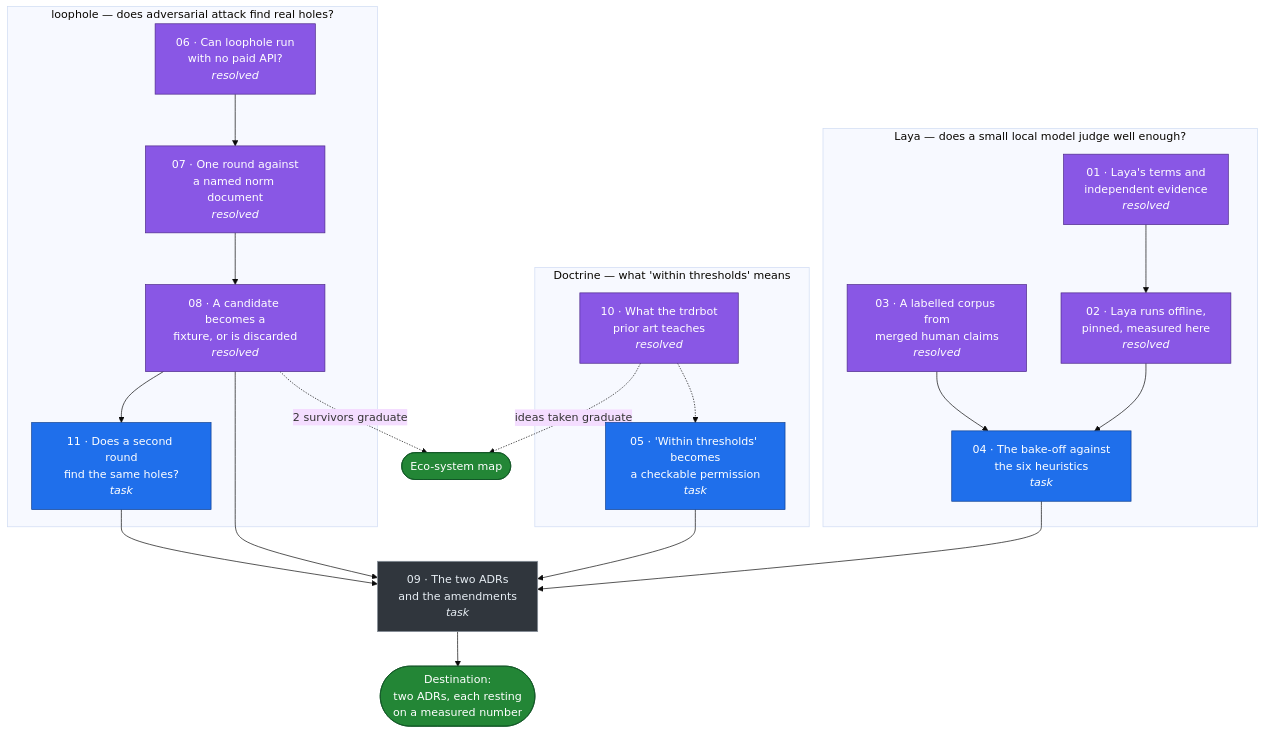
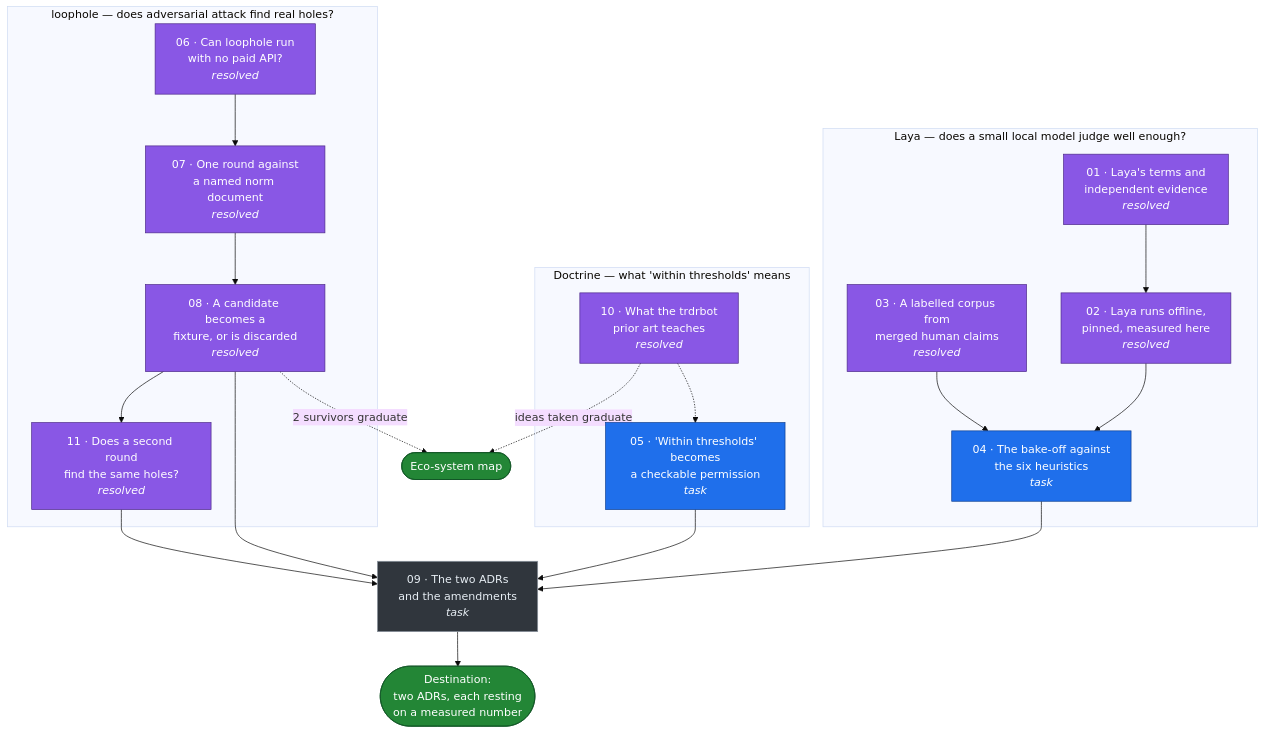
The diagram in .scratch/laya-loophole/map.md (policy-as-versioned-flux/policy-as-versioned-flux), drawn with Mermaid (base theme) before and after one commit. The commit also changed other lines of this file and 15 other files, not shown here.

````diff
--- a/.scratch/laya-loophole/map.md
+++ b/.scratch/laya-loophole/map.md
@@ -258,43 +302,43 @@
 ```mermaid
 flowchart TD
     subgraph laya["Laya — does a small local model judge well enough?"]
         T01["01 · Laya's terms and<br/>independent evidence<br/><i>resolved</i>"]
         T02["02 · Laya runs offline,<br/>pinned, measured here<br/><i>resolved</i>"]
         T03["03 · A labelled corpus from<br/>merged human claims<br/><i>resolved</i>"]
         T04["04 · The bake-off against<br/>the six heuristics<br/><i>task</i>"]
         T01 --> T02 --> T04
         T03 --> T04
     end
 
     subgraph doctrine["Doctrine — what 'within thresholds' means"]
         T10["10 · What the trdrbot<br/>prior art teaches<br/><i>resolved</i>"]
         T05["05 · 'Within thresholds' becomes<br/>a checkable permission<br/><i>task</i>"]
         T10 -.-> T05
     end
 
     subgraph loophole["loophole — does adversarial attack find real holes?"]
         T06["06 · Can loophole run<br/>with no paid API?<br/><i>resolved</i>"]
         T07["07 · One round against<br/>a named norm document<br/><i>resolved</i>"]
         T08["08 · A candidate becomes a<br/>fixture, or is discarded<br/><i>resolved</i>"]
-        T11["11 · Does a second round<br/>find the same holes?<br/><i>task</i>"]
+        T11["11 · Does a second round<br/>find the same holes?<br/><i>resolved</i>"]
         T06 --> T07 --> T08 --> T11
     end
 
     T09["09 · The two ADRs<br/>and the amendments<br/><i>task</i>"]
     T04 --> T09
     T05 --> T09
     T08 --> T09
     T11 --> T09
     T09 --> DEST(["Destination:<br/>two ADRs, each resting<br/>on a measured number"])
     T10 -. "ideas taken graduate" .-> ECO(["Eco-system map"])
     T08 -. "2 survivors graduate" .-> ECO
 
     classDef frontier fill:#1f6feb,stroke:#0b3d91,color:#fff
     classDef blocked fill:#30363d,stroke:#8b949e,color:#e6edf3
     classDef done fill:#8957e5,stroke:#4c2889,color:#fff
     classDef dest fill:#238636,stroke:#0f5323,color:#fff
-    class T04,T05,T11 frontier
+    class T04,T05 frontier
     class T09 blocked
-    class T01,T02,T03,T06,T07,T08,T10 done
+    class T01,T02,T03,T06,T07,T08,T10,T11 done
     class DEST,ECO dest
 ```
````
